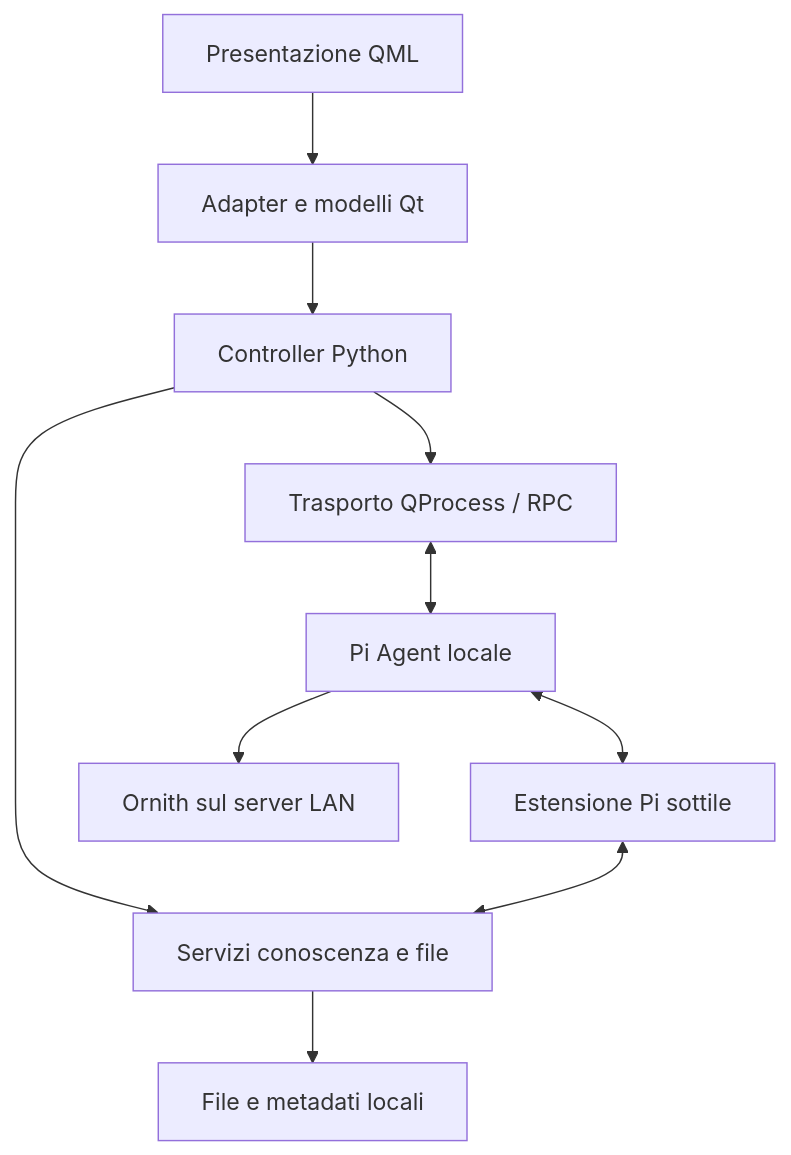
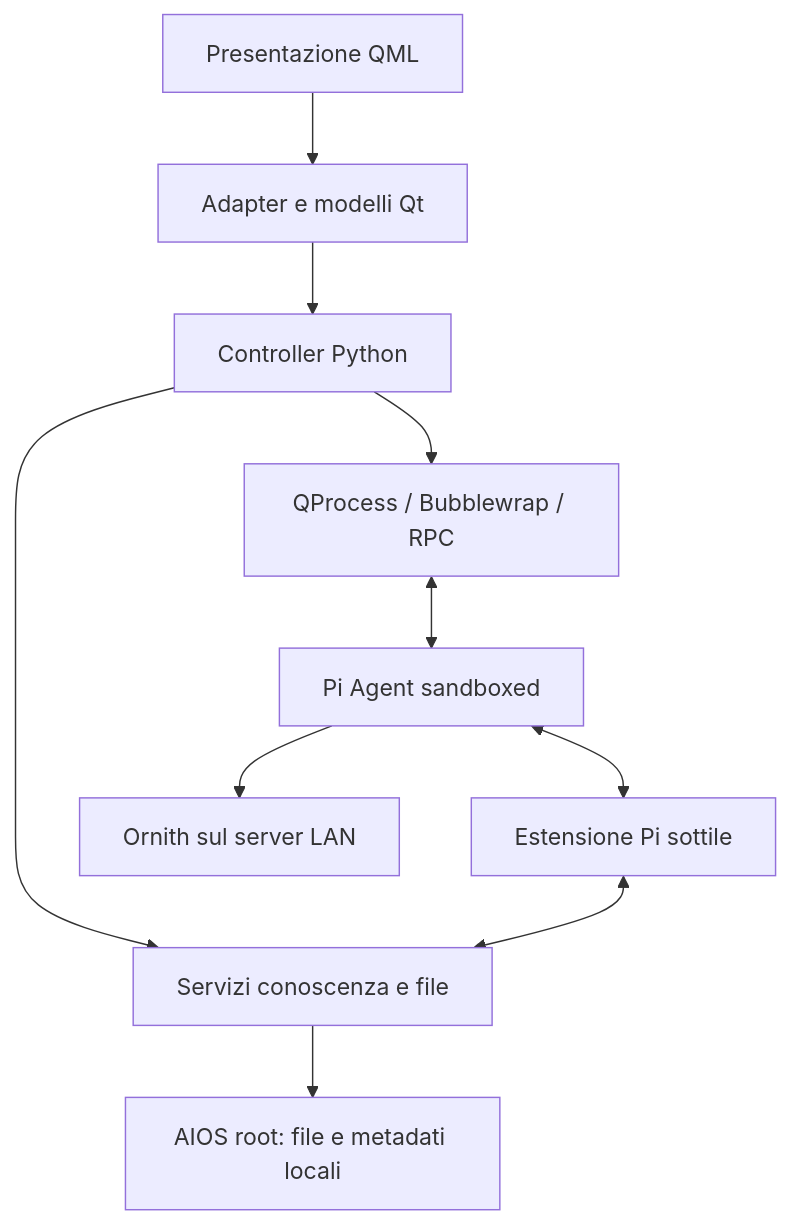
Before and after one commit to Cartaz/Pi_UI: the diagram in docs/ARCHITECTURE.md, drawn with Mermaid. The commit also changed other lines of this file, not shown here.

Commit message:
docs: define Bubblewrap execution boundary

````diff
--- a/docs/ARCHITECTURE.md
+++ b/docs/ARCHITECTURE.md
@@ -9,12 +9,12 @@
 ```mermaid
 flowchart TD
     Q["Presentazione QML"] --> A["Adapter e modelli Qt"]
     A --> C["Controller Python"]
     C --> K["Servizi conoscenza e file"]
-    C --> T["Trasporto QProcess / RPC"]
-    T <--> P["Pi Agent locale"]
+    C --> T["QProcess / Bubblewrap / RPC"]
+    T <--> P["Pi Agent sandboxed"]
     P --> L["Ornith sul server LAN"]
     P <--> E["Estensione Pi sottile"]
     E <--> K
-    K --> D["File e metadati locali"]
+    K --> D["AIOS root: file e metadati locali"]
 ```
````
